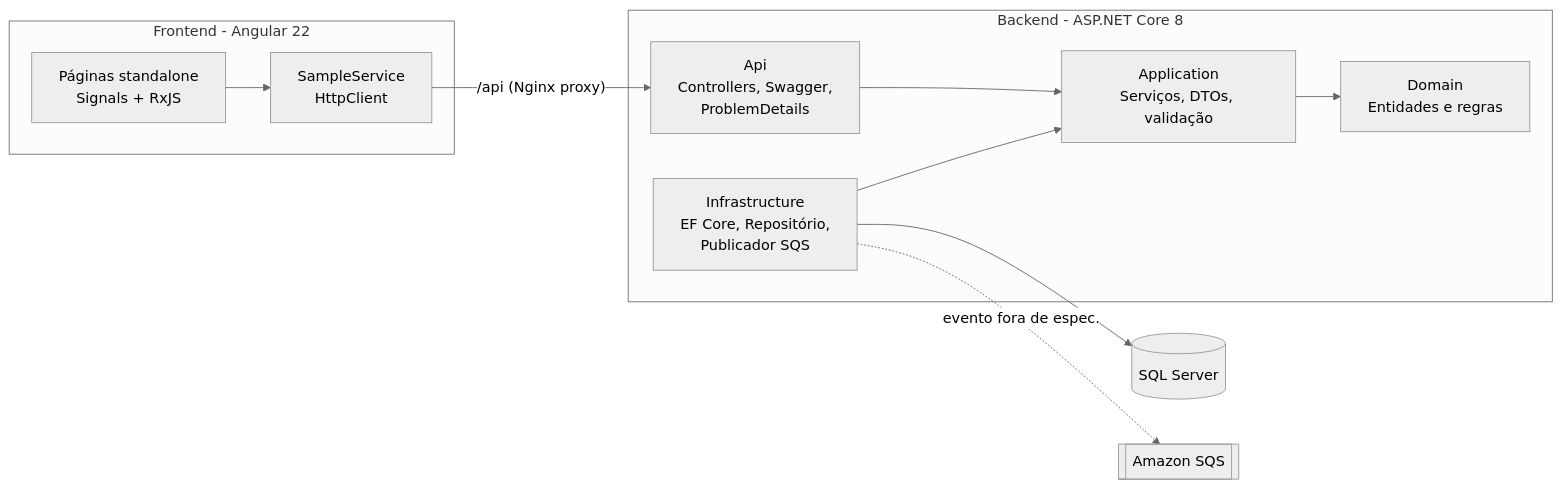
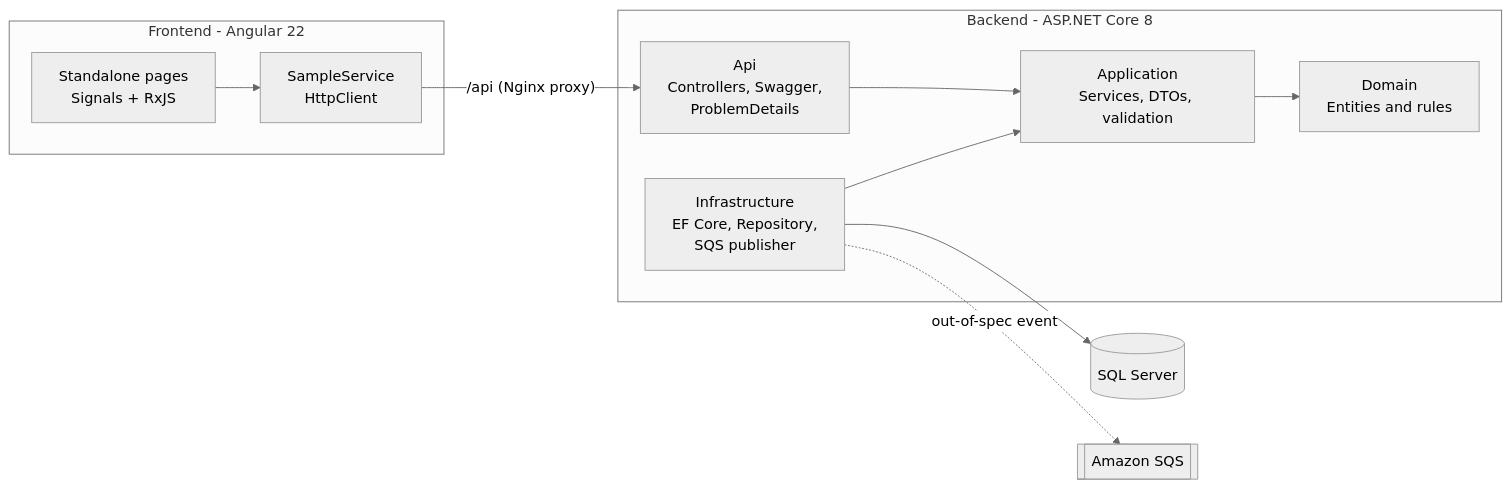
The diagram in README.md (marciellesilva/labtrack-fullstack), drawn with Mermaid (neutral theme) before and after one commit. The commit also changed other lines of this file and 1 other file, not shown here.

````diff
--- a/README.md
+++ b/README.md
@@ -32,14 +34,14 @@
 ```mermaid
 flowchart LR
     subgraph Frontend["Frontend - Angular 22"]
-        UI["Páginas standalone<br/>Signals + RxJS"] --> SVC["SampleService<br/>HttpClient"]
+        UI["Standalone pages<br/>Signals + RxJS"] --> SVC["SampleService<br/>HttpClient"]
     end
     subgraph Backend["Backend - ASP.NET Core 8"]
-        API["Api<br/>Controllers, Swagger,<br/>ProblemDetails"] --> APP["Application<br/>Serviços, DTOs, validação"]
-        APP --> DOM["Domain<br/>Entidades e regras"]
-        INF["Infrastructure<br/>EF Core, Repositório,<br/>Publicador SQS"] --> APP
+        API["Api<br/>Controllers, Swagger,<br/>ProblemDetails"] --> APP["Application<br/>Services, DTOs, validation"]
+        APP --> DOM["Domain<br/>Entities and rules"]
+        INF["Infrastructure<br/>EF Core, Repository,<br/>SQS publisher"] --> APP
     end
     SVC -- "/api (Nginx proxy)" --> API
     INF --> DB[("SQL Server")]
-    INF -. "evento fora de espec." .-> SQS[["Amazon SQS"]]
+    INF -. "out-of-spec event" .-> SQS[["Amazon SQS"]]
 ```
````
